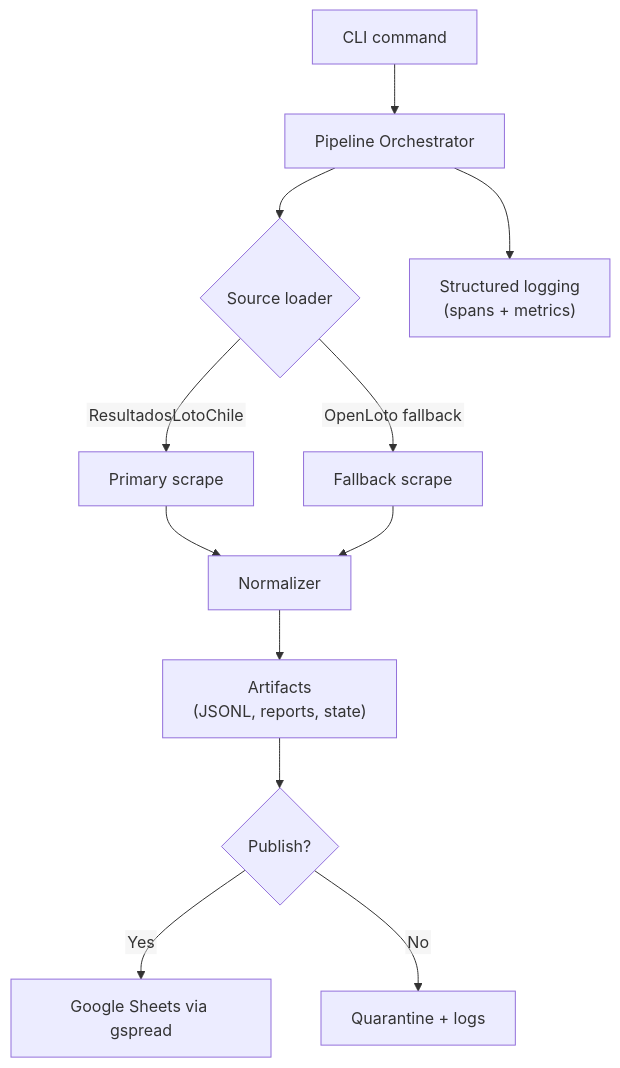
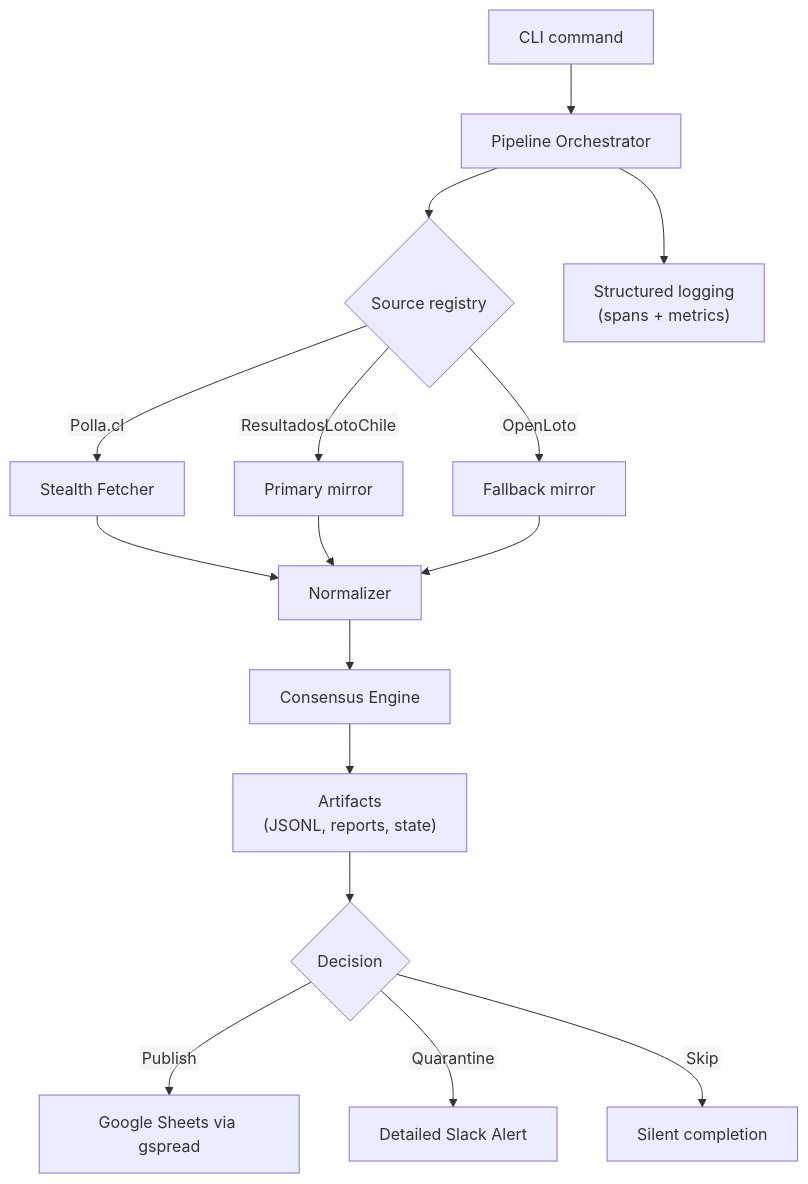
One commit to cortega26/polla changed the diagram in README.md. Above: the diagram before and after it, drawn with Mermaid. The commit also changed other lines of this file and 17 other files, not shown here.

````diff
--- a/README.md
+++ b/README.md
@@ -26,15 +28,17 @@
 ```mermaid
 %%{init: {"themeVariables": {"fontSize":"16px"}, "flowchart": {"htmlLabels": false, "wrap": true}}}%%
 flowchart TB
   A[CLI command] --> B[Pipeline Orchestrator]
-  B --> C{Source loader}
-  C -->|ResultadosLotoChile| D[Primary scrape]
-  C -->|OpenLoto fallback| E[Fallback scrape]
-  D --> F[Normalizer]
-  E --> F[Normalizer]
-  F --> G["Artifacts<br/>(JSONL, reports, state)"]
-  G --> H{Publish?}
-  H -->|Yes| I[Google Sheets via gspread]
-  H -->|No| J[Quarantine + logs]
-  B --> K["Structured logging<br/>(spans + metrics)"]
+  B --> C{Source registry}
+  C -->|Polla.cl| D[Stealth Fetcher]
+  C -->|ResultadosLotoChile| E[Primary mirror]
+  C -->|OpenLoto| F[Fallback mirror]
+  D & E & F --> G[Normalizer]
+  G --> H[Consensus Engine]
+  H --> I["Artifacts<br/>(JSONL, reports, state)"]
+  I --> J{Decision}
+  J -->|Publish| K[Google Sheets via gspread]
+  J -->|Quarantine| L[Detailed Slack Alert]
+  J -->|Skip| M[Silent completion]
+  B --> N["Structured logging<br/>(spans + metrics)"]
 ```
````
